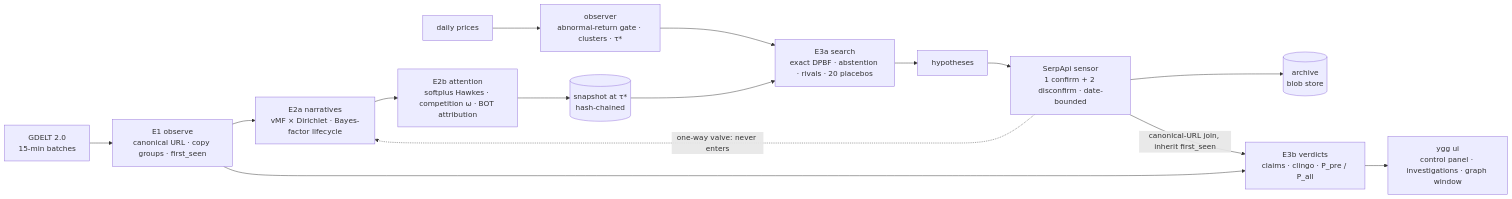
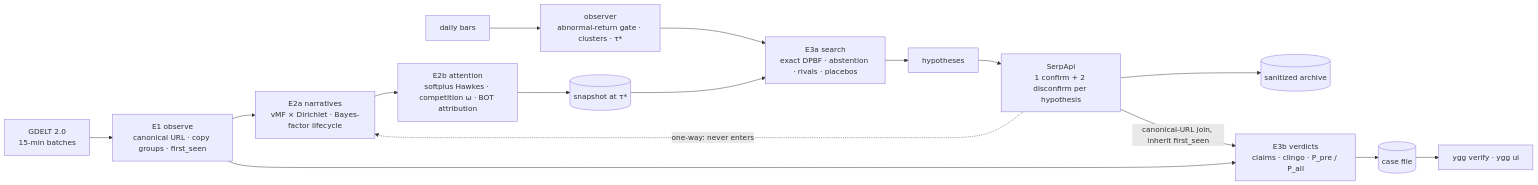
Before and after one commit to notPhani/Yggdrasil-Research: the diagram in README.md, drawn with Mermaid. The commit also changed other lines of this file and 5 other files, not shown here.

````diff
--- a/README.md
+++ b/README.md
@@ -82,17 +137,17 @@
 ```mermaid
 flowchart LR
   G[GDELT 2.0<br/>15-min batches] --> E1[E1 observe<br/>canonical URL · copy groups · first_seen]
   E1 --> E2a[E2a narratives<br/>vMF × Dirichlet · Bayes-factor lifecycle]
   E2a --> E2b[E2b attention<br/>softplus Hawkes · competition ω · BOT attribution]
-  E2b --> S[(snapshot at τ*<br/>hash-chained)]
-  P[daily prices] --> O[observer<br/>abnormal-return gate · clusters · τ*]
+  E2b --> S[(snapshot at τ*)]
+  P[daily bars] --> O[observer<br/>abnormal-return gate · clusters · τ*]
   O --> E3a
-  S --> E3a[E3a search<br/>exact DPBF · abstention · rivals · 20 placebos]
+  S --> E3a[E3a search<br/>exact DPBF · abstention · rivals · placebos]
   E3a --> H[hypotheses]
-  H --> SA[SerpApi sensor<br/>1 confirm + 2 disconfirm · date-bounded]
-  SA --> AR[(archive<br/>blob store)]
+  H --> SA[SerpApi<br/>1 confirm + 2 disconfirm per hypothesis]
+  SA --> AR[(sanitized archive)]
   SA -->|canonical-URL join, inherit first_seen| E3b[E3b verdicts<br/>claims · clingo · P_pre / P_all]
   E1 --> E3b
-  E3b --> UI[ygg ui<br/>control panel · investigations · graph window]
-  SA -. one-way valve: never enters .-> E2a
+  E3b --> C[(case file)] --> V[ygg verify · ygg ui]
+  SA -. one-way: never enters .-> E2a
 ```
````
